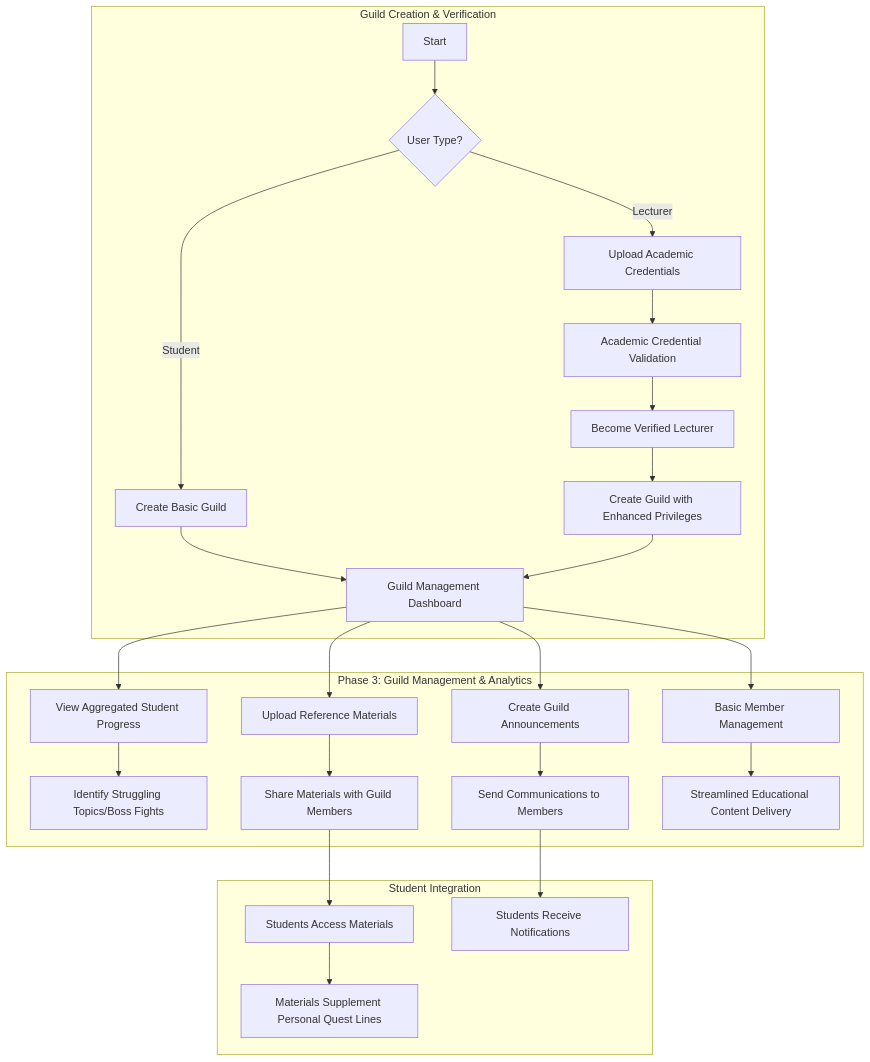
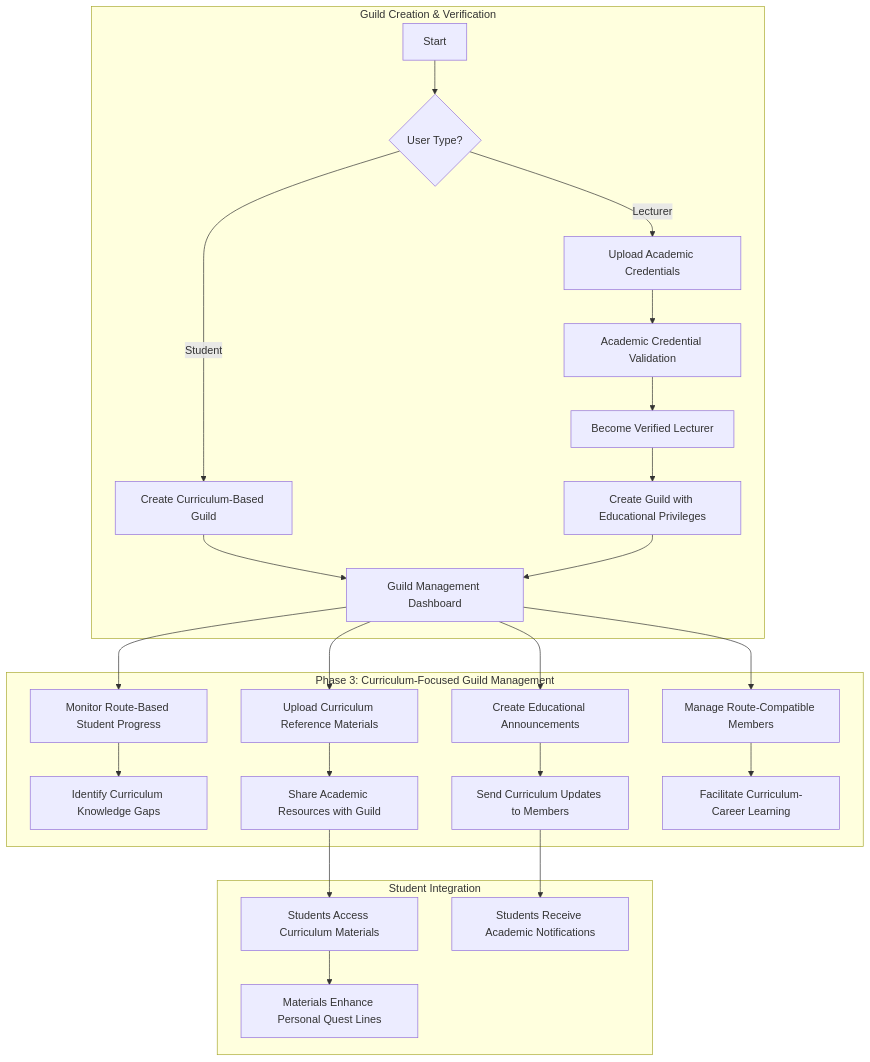
One commit to FA25SE050-RogueLearn/RogueLearn.BMAD.Documentation changed the second of 4 diagrams in docs/prd/user-flows.md. Above: the diagram before and after it, drawn with Mermaid. The commit also changed other lines of this file and 11 other files, not shown here.

````diff
--- a/docs/prd/user-flows.md
+++ b/docs/prd/user-flows.md
@@ -92,30 +87,30 @@
 ```mermaid
 graph TD
     subgraph "Guild Creation & Verification"
         A[Start] --> B{User Type?};
-        B -- Student --> C[Create Basic Guild];
+        B -- Student --> C[Create Curriculum-Based Guild];
         B -- Lecturer --> D[Upload Academic Credentials];
         D --> E[Academic Credential Validation];
         E --> F[Become Verified Lecturer];
-        F --> G[Create Guild with Enhanced Privileges];
+        F --> G[Create Guild with Educational Privileges];
         C --> H[Guild Management Dashboard];
         G --> H;
     end
 
-    subgraph "Phase 3: Guild Management & Analytics"
-        H --> I[View Aggregated Student Progress];
-        I --> J[Identify Struggling Topics/Boss Fights];
-        H --> K[Upload Reference Materials];
-        K --> L[Share Materials with Guild Members];
-        H --> M[Create Guild Announcements];
-        M --> N[Send Communications to Members];
-        H --> O[Basic Member Management];
-        O --> P[Streamlined Educational Content Delivery];
+    subgraph "Phase 3: Curriculum-Focused Guild Management"
+        H --> I[Monitor Route-Based Student Progress];
+        I --> J[Identify Curriculum Knowledge Gaps];
+        H --> K[Upload Curriculum Reference Materials];
+        K --> L[Share Academic Resources with Guild];
+        H --> M[Create Educational Announcements];
+        M --> N[Send Curriculum Updates to Members];
+        H --> O[Manage Route-Compatible Members];
+        O --> P[Facilitate Curriculum-Career Learning];
     end
 
     subgraph "Student Integration"
-        L --> Q[Students Access Materials];
-        Q --> R[Materials Supplement Personal Quest Lines];
-        N --> S[Students Receive Notifications];
+        L --> Q[Students Access Curriculum Materials];
+        Q --> R[Materials Enhance Personal Quest Lines];
+        N --> S[Students Receive Academic Notifications];
     end
 ```
````
